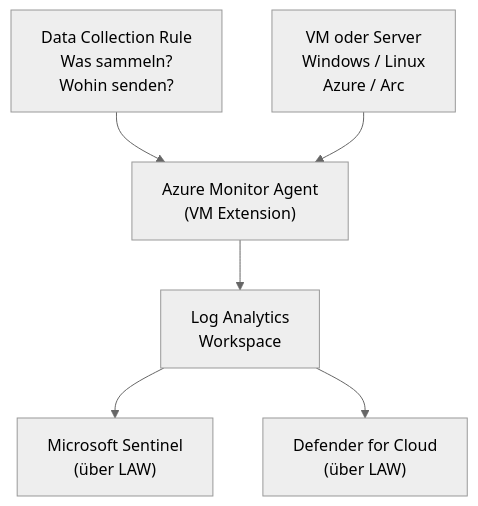
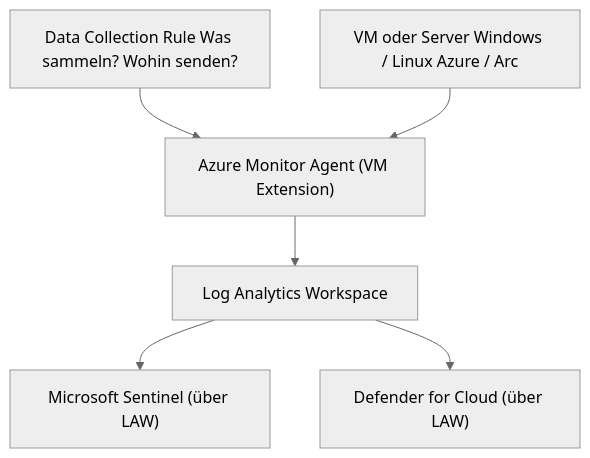
Before and after one commit to SoniiiT/notes-n-docs: the first of 6 diagrams in Microsoft 365/Azure/Monitor und Management/Azure Monitor Agent.md, drawn with Mermaid (neutral theme). The commit also changed other lines of this file and 124 other files, not shown here.

First line of the commit message:
fix: Entferne \n aus allen Mermaid-Diagrammen (125 Dateien)

````diff
--- a/Microsoft 365/Azure/Monitor und Management/Azure Monitor Agent.md
+++ b/Microsoft 365/Azure/Monitor und Management/Azure Monitor Agent.md
@@ -29,15 +29,15 @@
 ```mermaid
 graph TD
-    VM["VM oder Server\nWindows / Linux\nAzure / Arc"]
-    AMA["Azure Monitor Agent\n(VM Extension)"]
-    DCR["Data Collection Rule\nWas sammeln?\nWohin senden?"]
-    LAW["Log Analytics\nWorkspace"]
-    MSent["Microsoft Sentinel\n(über LAW)"]
-    MDefend["Defender for Cloud\n(über LAW)"]
+    VM["VM oder Server Windows / Linux Azure / Arc"]
+    AMA["Azure Monitor Agent (VM Extension)"]
+    DCR["Data Collection Rule Was sammeln? Wohin senden?"]
+    LAW["Log Analytics Workspace"]
+    MSent["Microsoft Sentinel (über LAW)"]
+    MDefend["Defender for Cloud (über LAW)"]
 
     DCR --> AMA
     VM --> AMA
     AMA --> LAW
     LAW --> MSent
     LAW --> MDefend
 ```
````
